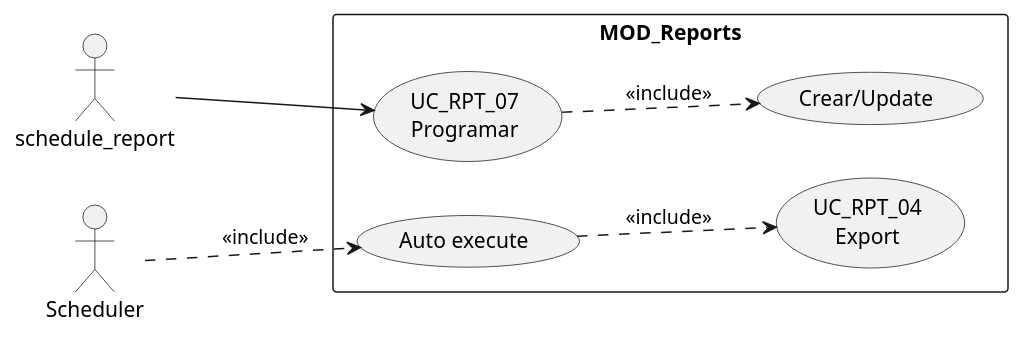
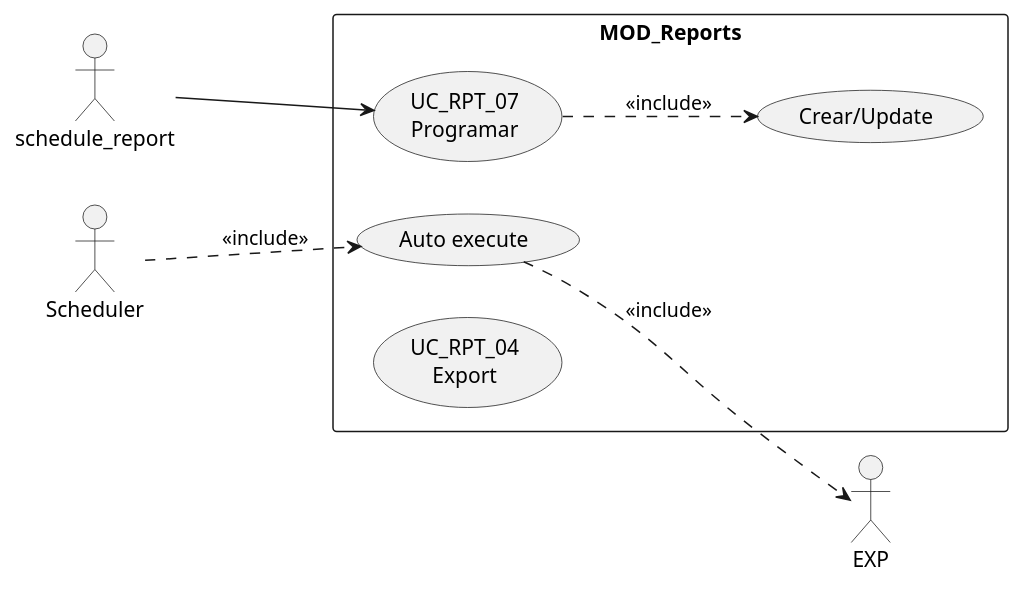
The diagram in source/requisitos/casos-uso/reports/uc-rpt-07/diagramas-uml/diagrama-de-caso-de-uso.rst (jcg-admin/IACT-docs), drawn with PlantUML before and after one commit. The commit also changed 47 other files, not shown here.

First line of the commit message:
Fix cryptic PlantUML aliases in UC and architecture files (STD_011)

```diff
--- a/source/requisitos/casos-uso/reports/uc-rpt-07/diagramas-uml/diagrama-de-caso-de-uso.rst
+++ b/source/requisitos/casos-uso/reports/uc-rpt-07/diagramas-uml/diagrama-de-caso-de-uso.rst
@@ -4,20 +4,20 @@
 .. uml::
  :caption: UC_RPT_07 — programar
 
  @startuml
  left to right direction
  actor "schedule_report" as schedule_report
  actor "Scheduler" as Scheduler
 
  rectangle "MOD_Reports" {
    usecase "UC_RPT_07\nProgramar" as UC07
    usecase "Crear/Update" as CRUD
    usecase "Auto execute" as AutoExecute
-   usecase "UC_RPT_04\nExport" as EXP
+   usecase "UC_RPT_04\nExport" as ExportarDatos
  }
 
  schedule_report --> UC07
  UC07 ..> CRUD : <<include>>
  Scheduler ..> AutoExecute : <<include>>
  AutoExecute ..> EXP : <<include>>
  @enduml
```
